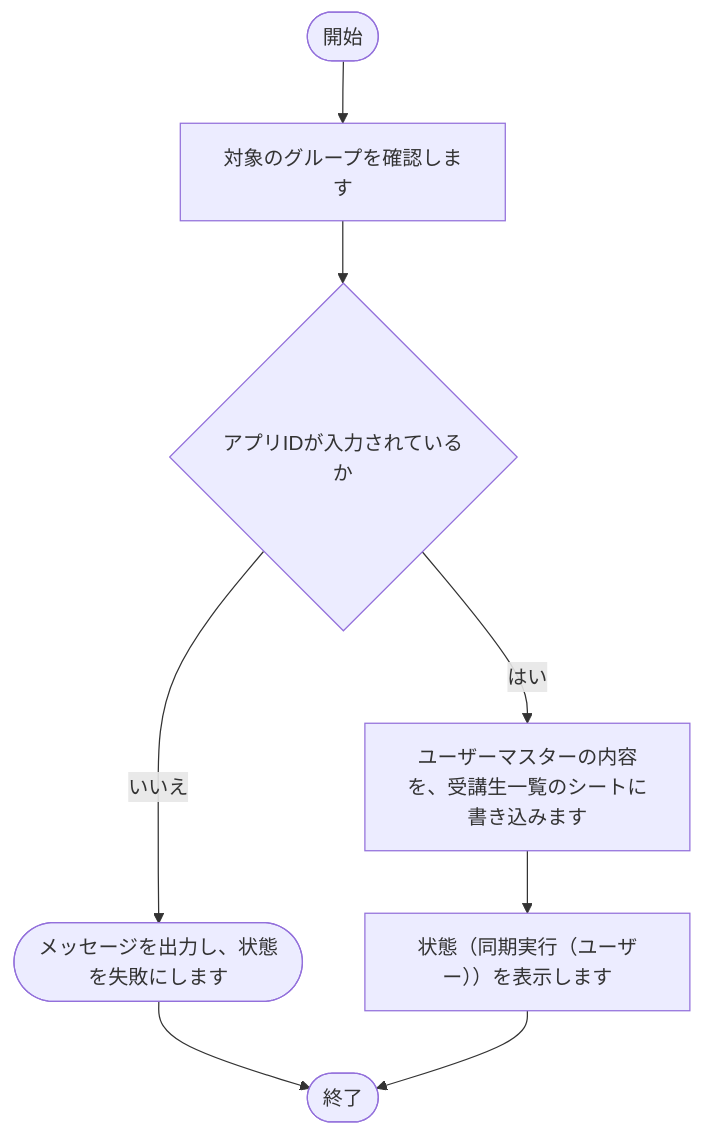
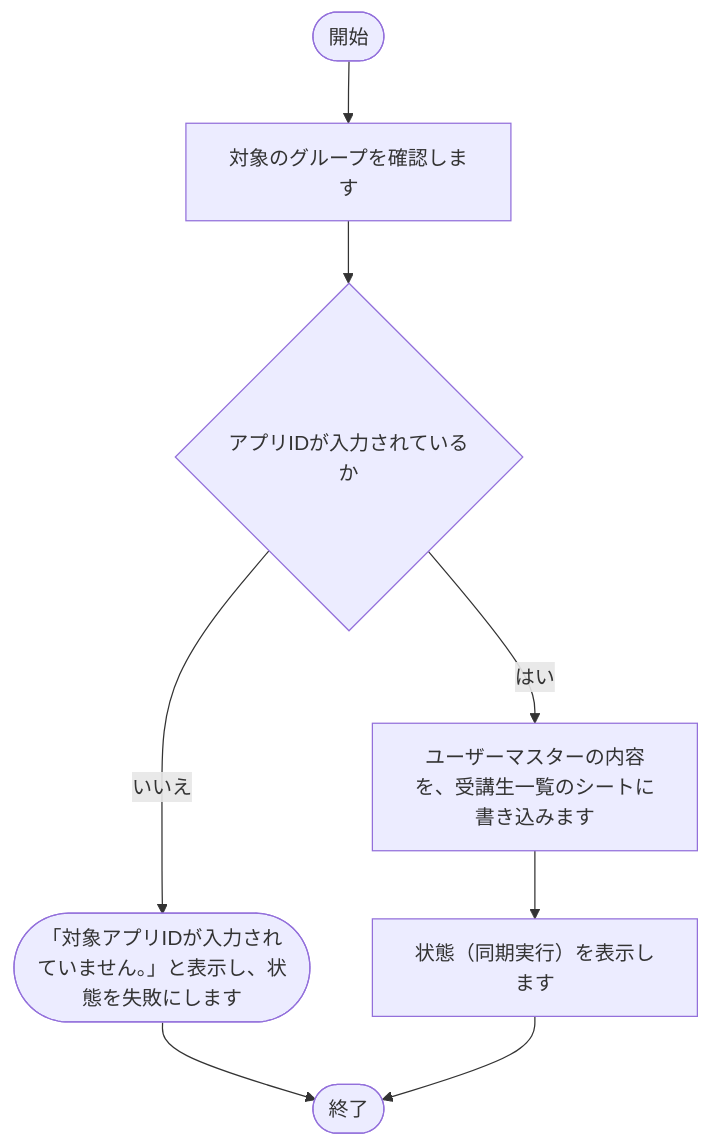
Diagram 23 of 25 in tool/kintone-aggregator/doc/02_設計/処理フロー.md (nishida2073/project_management), drawn with Mermaid before and after one commit. The commit also changed other lines of this file and 35 other files, not shown here.

````diff
--- a/tool/kintone-aggregator/doc/02_設計/処理フロー.md
+++ b/tool/kintone-aggregator/doc/02_設計/処理フロー.md
@@ -582,17 +595,17 @@
 ```mermaid
 flowchart TD
     S(["開始"])
     E(["終了"])
     N1["対象のグループを確認します"]
     S --> N1
     N2{"アプリIDが入力されているか"}
-    X2(["メッセージを出力し、状態を失敗にします"])
+    X2(["「対象アプリIDが入力されていません。」と表示し、状態を失敗にします"])
     X2 --> E
     N2 -- いいえ --> X2
     N1 --> N2
     N3["ユーザーマスターの内容を、受講生一覧のシートに書き込みます"]
     N2 -- はい --> N3
-    N4["状態（同期実行（ユーザー））を表示します"]
+    N4["状態（同期実行）を表示します"]
     N3 --> N4
     N4 --> E
 ```
````
